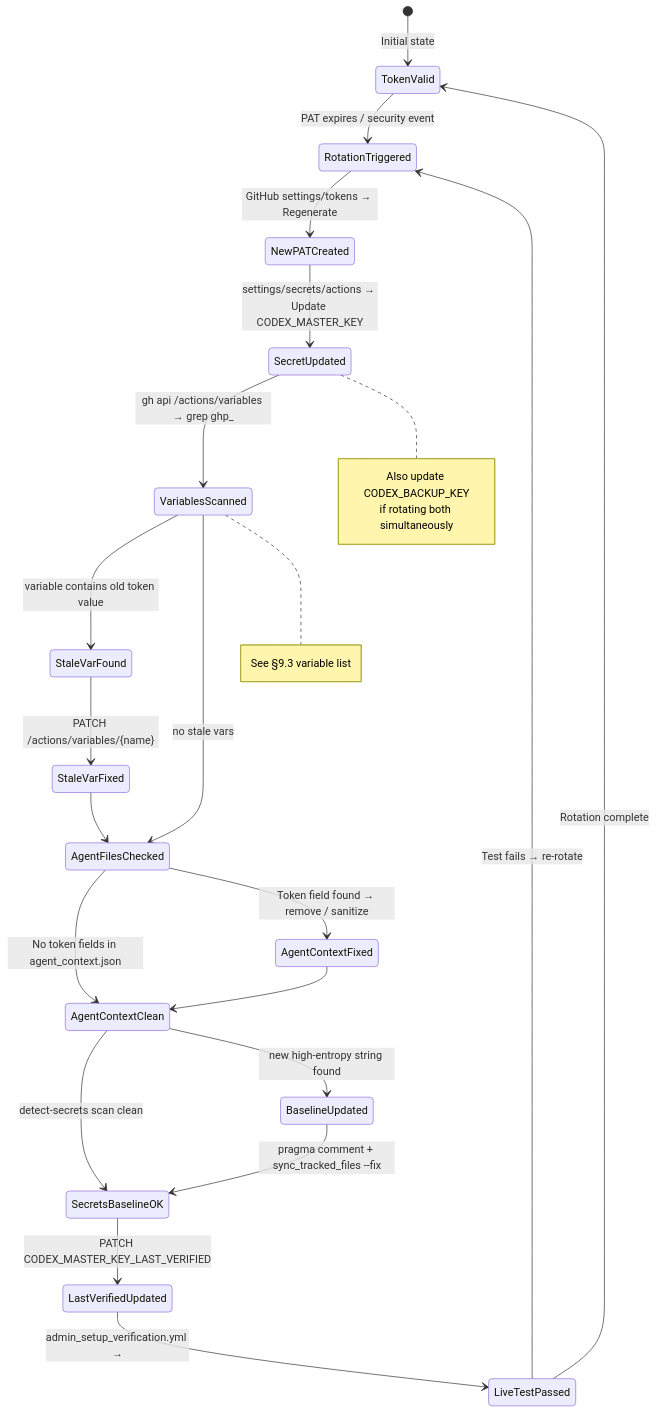
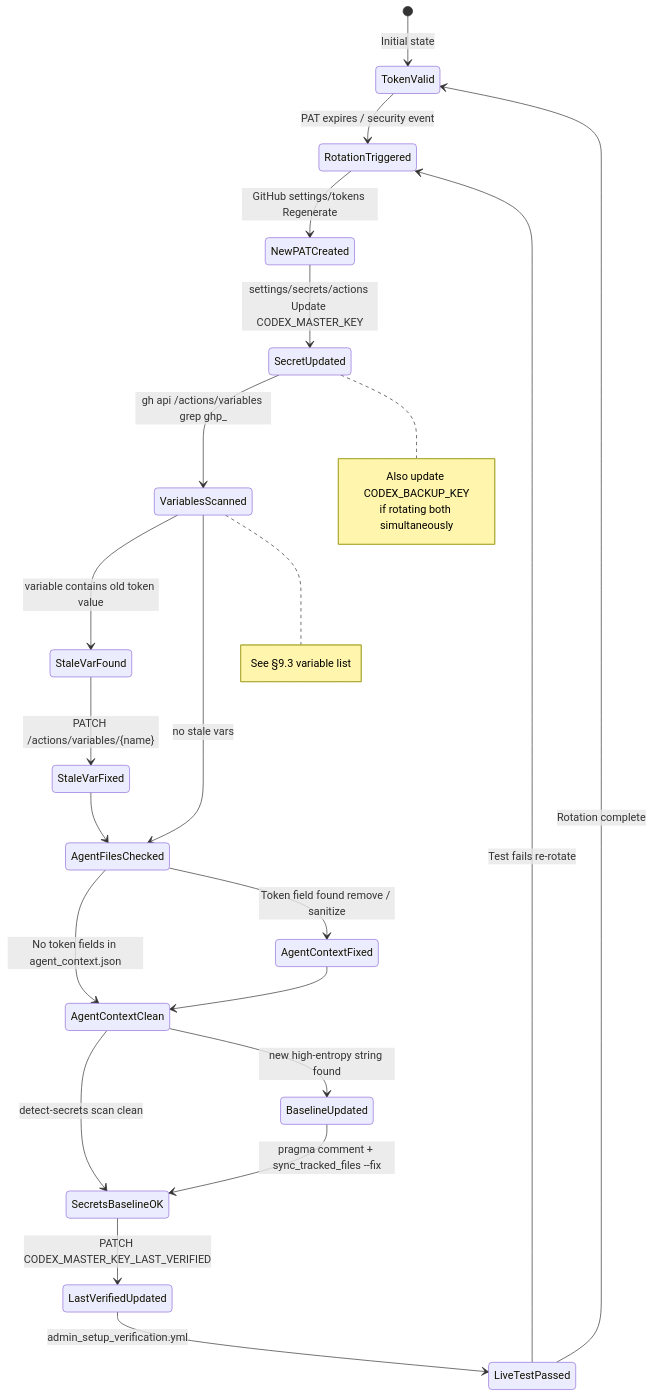
The tenth of 19 diagrams in docs/reference/ELEVATED_PRIVILEGES_TOKEN_REVIEW.md (Aries-Serpent/_codex_), drawn with Mermaid before and after one commit. The commit also changed other lines of this file and 4117 other files, not shown here.

````diff
--- a/docs/reference/ELEVATED_PRIVILEGES_TOKEN_REVIEW.md
+++ b/docs/reference/ELEVATED_PRIVILEGES_TOKEN_REVIEW.md
@@ -1083,38 +1114,52 @@
 ```mermaid
 %%{init: {'accessibility': {'title': 'State Diagram showing *'}}%%
+
 stateDiagram-v2
-    [*] --> TokenValid : Initial state
 
-    TokenValid --> RotationTriggered : PAT expires / security event
-    RotationTriggered --> NewPATCreated : GitHub settings/tokens → Regenerate
+ [*] --> TokenValid : Initial state
 
-    NewPATCreated --> SecretUpdated : settings/secrets/actions → Update CODEX_MASTER_KEY
-    SecretUpdated --> VariablesScanned : gh api /actions/variables → grep ghp_
-    VariablesScanned --> StaleVarFound : variable contains old token value
-    VariablesScanned --> AgentFilesChecked : no stale vars
-    StaleVarFound --> StaleVarFixed : PATCH /actions/variables/{name}
-    StaleVarFixed --> AgentFilesChecked
+ TokenValid --> RotationTriggered : PAT expires / security event
 
-    AgentFilesChecked --> AgentContextClean : No token fields in agent_context.json
-    AgentFilesChecked --> AgentContextFixed : Token field found → remove / sanitize
-    AgentContextFixed --> AgentContextClean
+ RotationTriggered --> NewPATCreated : GitHub settings/tokens Regenerate
 
-    AgentContextClean --> SecretsBaselineOK : detect-secrets scan clean
-    AgentContextClean --> BaselineUpdated : new high-entropy string found
-    BaselineUpdated --> SecretsBaselineOK : pragma comment + sync_tracked_files --fix
+ NewPATCreated --> SecretUpdated : settings/secrets/actions Update CODEX_MASTER_KEY
 
-    SecretsBaselineOK --> LastVerifiedUpdated : PATCH CODEX_MASTER_KEY_LAST_VERIFIED
-    LastVerifiedUpdated --> LiveTestPassed : admin_setup_verification.yml → 
+ SecretUpdated --> VariablesScanned : gh api /actions/variables grep ghp_
 
-    LiveTestPassed --> TokenValid : Rotation complete 
-    LiveTestPassed --> RotationTriggered :  Test fails → re-rotate
+ VariablesScanned --> StaleVarFound : variable contains old token value
 
-    note right of SecretUpdated
-        Also update CODEX_BACKUP_KEY
-        if rotating both simultaneously
-    end note
+ VariablesScanned --> AgentFilesChecked : no stale vars
 
-    note right of VariablesScanned
-        See §9.3 variable list
-    end note
+ StaleVarFound --> StaleVarFixed : PATCH /actions/variables/{name}
+
+ StaleVarFixed --> AgentFilesChecked
+
+ AgentFilesChecked --> AgentContextClean : No token fields in agent_context.json
+
+ AgentFilesChecked --> AgentContextFixed : Token field found remove / sanitize
+
+ AgentContextFixed --> AgentContextClean
+
+ AgentContextClean --> SecretsBaselineOK : detect-secrets scan clean
+
+ AgentContextClean --> BaselineUpdated : new high-entropy string found
+
+ BaselineUpdated --> SecretsBaselineOK : pragma comment + sync_tracked_files --fix
+
+ SecretsBaselineOK --> LastVerifiedUpdated : PATCH CODEX_MASTER_KEY_LAST_VERIFIED
+
+ LastVerifiedUpdated --> LiveTestPassed : admin_setup_verification.yml 
+
+ LiveTestPassed --> TokenValid : Rotation complete 
+
+ LiveTestPassed --> RotationTriggered : Test fails re-rotate
+
+ note right of SecretUpdated
+ Also update CODEX_BACKUP_KEY
+ if rotating both simultaneously
+ end note
+
+ note right of VariablesScanned
+ See §9.3 variable list
+ end note
 ```
````
